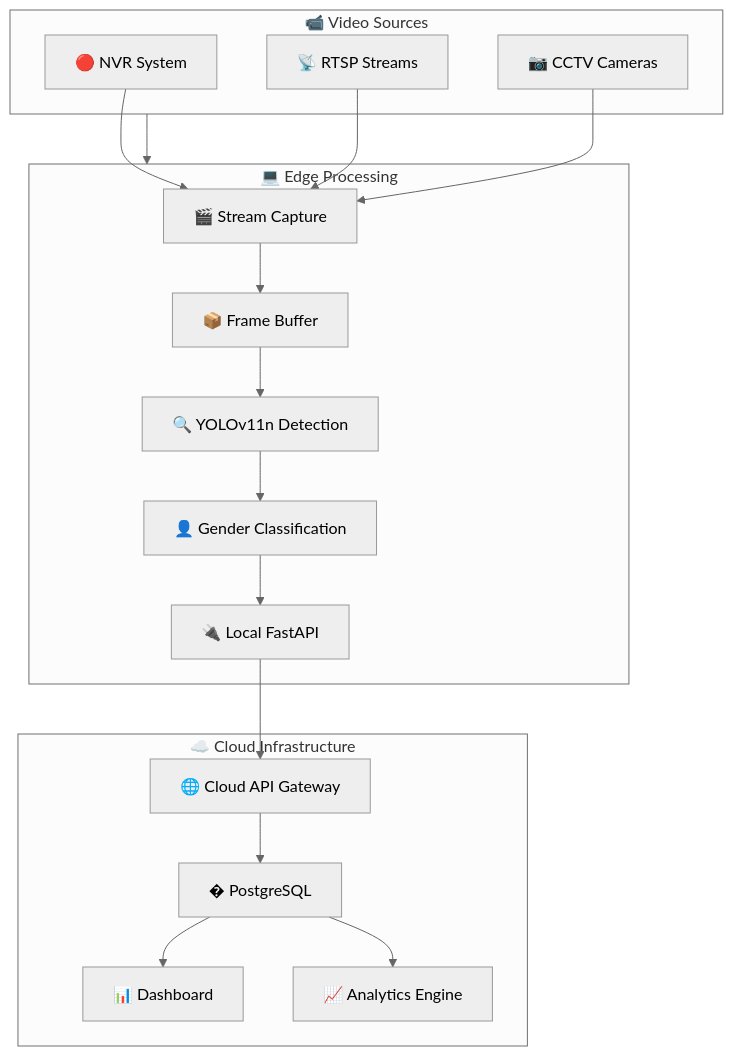
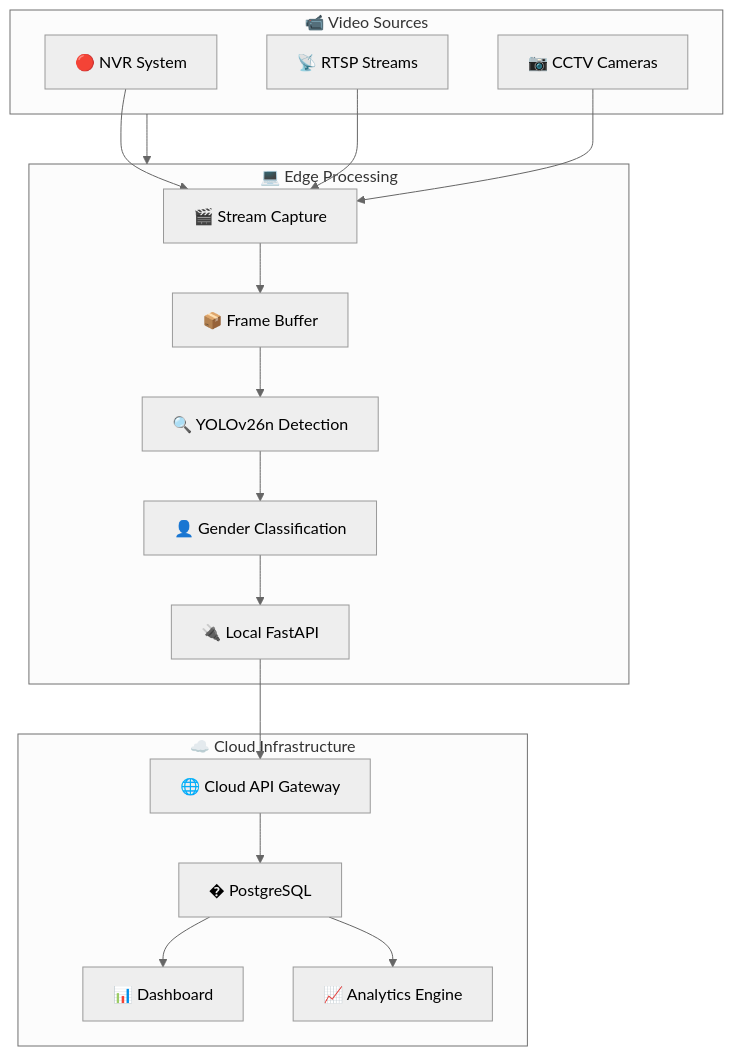
One commit to MuksithMRA/VisonTera-AI changed the first of 12 diagrams in docs/IMPLEMENTATION_PIPELINE.md. Above: the diagram before and after it, drawn with Mermaid (neutral theme). The commit also changed other lines of this file and 24 other files, not shown here.

````diff
--- a/docs/IMPLEMENTATION_PIPELINE.md
+++ b/docs/IMPLEMENTATION_PIPELINE.md
@@ -36,37 +36,37 @@
 ```mermaid
 flowchart TB
     subgraph Sources["📹 Video Sources"]
         NVR["🔴 NVR System"]
         RTSP["📡 RTSP Streams"]
         CCTV["📷 CCTV Cameras"]
     end
 
     subgraph Edge["💻 Edge Processing"]
         StreamCapture["🎬 Stream Capture"]
         FrameBuffer["📦 Frame Buffer"]
-        Detection["🔍 YOLOv11n Detection"]
+        Detection["🔍 YOLOv26n Detection"]
         Gender["👤 Gender Classification"]
         LocalAPI["🔌 Local FastAPI"]
     end
 
     subgraph Cloud["☁️ Cloud Infrastructure"]
         CloudAPI["🌐 Cloud API Gateway"]
         Database["� PostgreSQL"]
         Dashboard["📊 Dashboard"]
         Analytics["📈 Analytics Engine"]
     end
 
     Sources --> Edge
     NVR --> StreamCapture
     RTSP --> StreamCapture
     CCTV --> StreamCapture
     
     StreamCapture --> FrameBuffer
     FrameBuffer --> Detection
     Detection --> Gender
     Gender --> LocalAPI
     LocalAPI --> CloudAPI
     CloudAPI --> Database
     Database --> Dashboard
     Database --> Analytics
 ```
````
